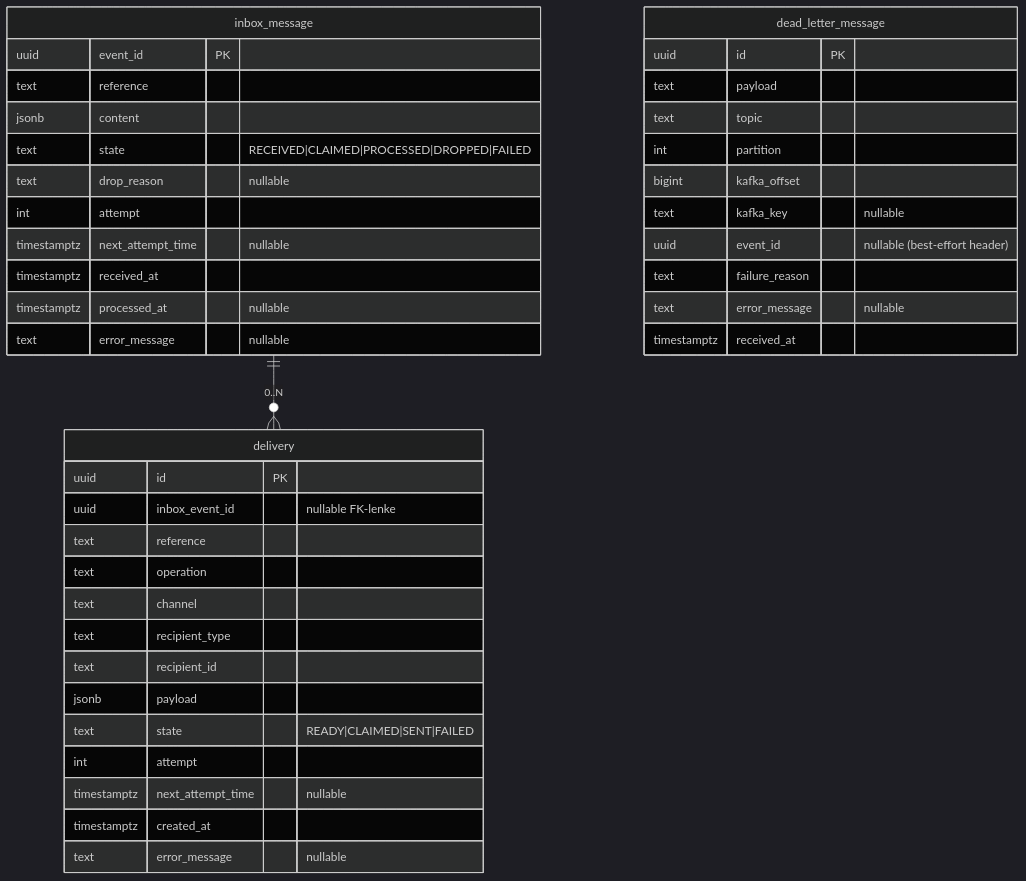
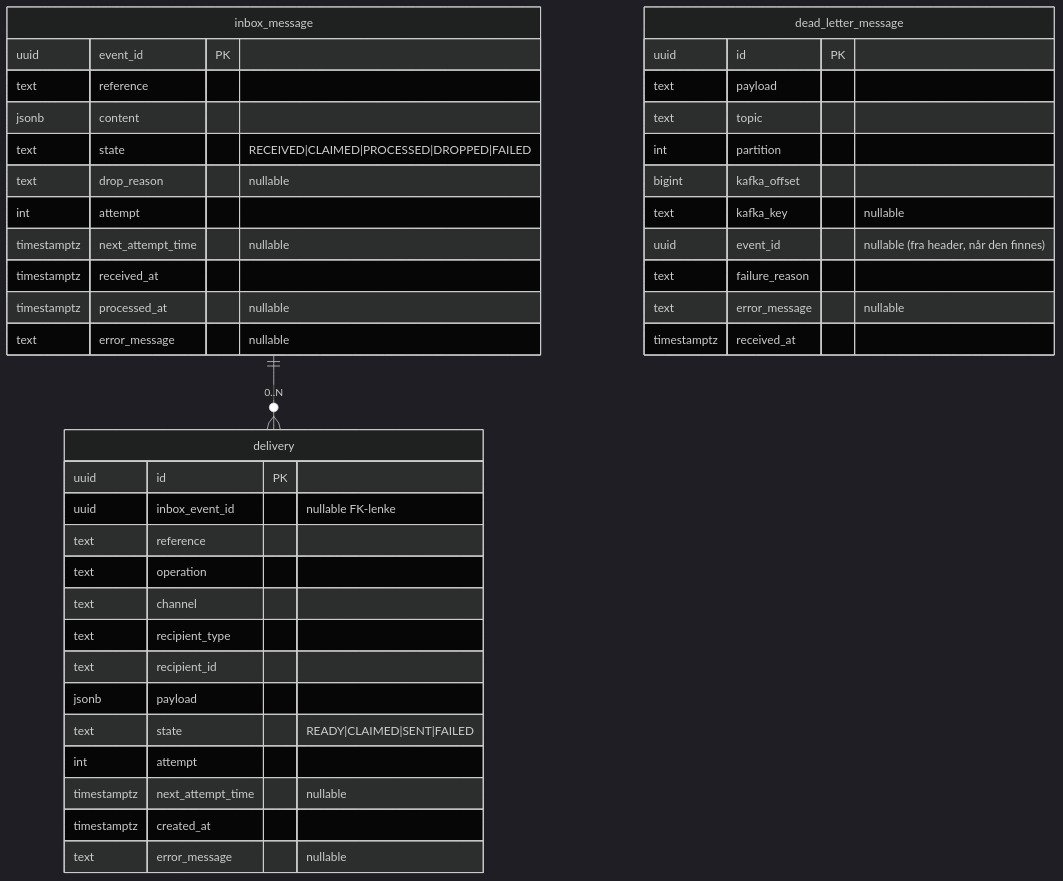
The diagram in docs/datamodell.md (navikt/syfo-budstikka), drawn with Mermaid (dark theme) before and after one commit. The commit also changed 2 other files, not shown here.

Commit message:
docs(adr): språkvask av ADR 0008 (klarspråk)
Skriver om prosaen i naturlig norsk uten å endre beslutningsinnholdet.
Fjerner metaforer og AI-markører ("forensisk interessante bytene beholdes
rått", "tvillingkilde", "transport-plumbing", "best-effort brødsmule"),
versal-trykk og pil-/tankestrek-mønster. Retter samme uttrykk der de lekket
inn i kontrakt.md og datamodell.md.

Refs #125

````diff
--- a/docs/datamodell.md
+++ b/docs/datamodell.md
@@ -8,46 +8,46 @@
 ```mermaid
 erDiagram
     inbox_message ||--o{ delivery : "0..N"
 
     inbox_message {
         uuid        event_id PK
         text        reference
         jsonb       content
         text        state "RECEIVED|CLAIMED|PROCESSED|DROPPED|FAILED"
         text        drop_reason "nullable"
         int         attempt
         timestamptz next_attempt_time "nullable"
         timestamptz received_at
         timestamptz processed_at "nullable"
         text        error_message "nullable"
     }
 
     delivery {
         uuid        id PK
         uuid        inbox_event_id "nullable FK-lenke"
         text        reference
         text        operation
         text        channel
         text        recipient_type
         text        recipient_id
         jsonb       payload
         text        state "READY|CLAIMED|SENT|FAILED"
         int         attempt
         timestamptz next_attempt_time "nullable"
         timestamptz created_at
         text        error_message "nullable"
     }
 
     dead_letter_message {
         uuid        id PK
         text        payload
         text        topic
         int         partition
         bigint      kafka_offset
         text        kafka_key "nullable"
-        uuid        event_id "nullable (best-effort header)"
+        uuid        event_id "nullable (fra header, når den finnes)"
         text        failure_reason
         text        error_message "nullable"
         timestamptz received_at
     }
 ```
````
